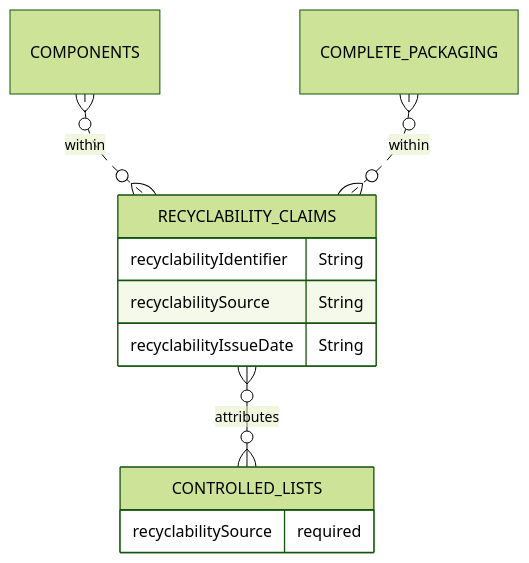
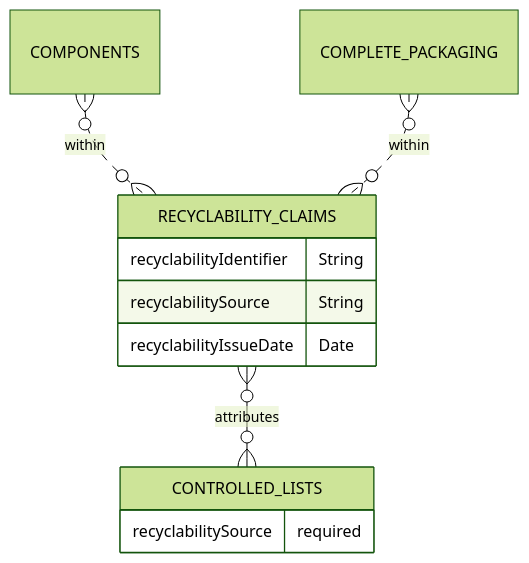
The diagram in docs/6_Relationship_Lists/6_006_Recyclability_Claims.md (OpenDataManchester/Open3P), drawn with Mermaid (forest theme) before and after one commit. The commit also changed other lines of this file, not shown here.

Commit message:
Update date to ISO 8601

````diff
--- a/docs/6_Relationship_Lists/6_006_Recyclability_Claims.md
+++ b/docs/6_Relationship_Lists/6_006_Recyclability_Claims.md
@@ -22,15 +22,15 @@
 ``` mermaid
 erDiagram
 
   COMPONENTS }o..o{ RECYCLABILITY_CLAIMS : within
   COMPLETE_PACKAGING }o..o{ RECYCLABILITY_CLAIMS : within
   RECYCLABILITY_CLAIMS {
     recyclabilityIdentifier String
     recyclabilitySource String
-    recyclabilityIssueDate String
+    recyclabilityIssueDate Date
   }
   RECYCLABILITY_CLAIMS }o--o{ CONTROLLED_LISTS : attributes
   CONTROLLED_LISTS {
     recyclabilitySource required 
   }
 ```
````
